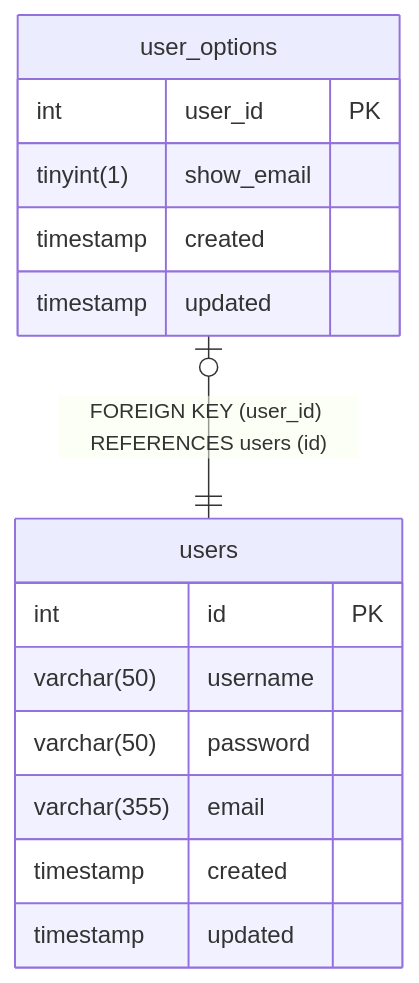
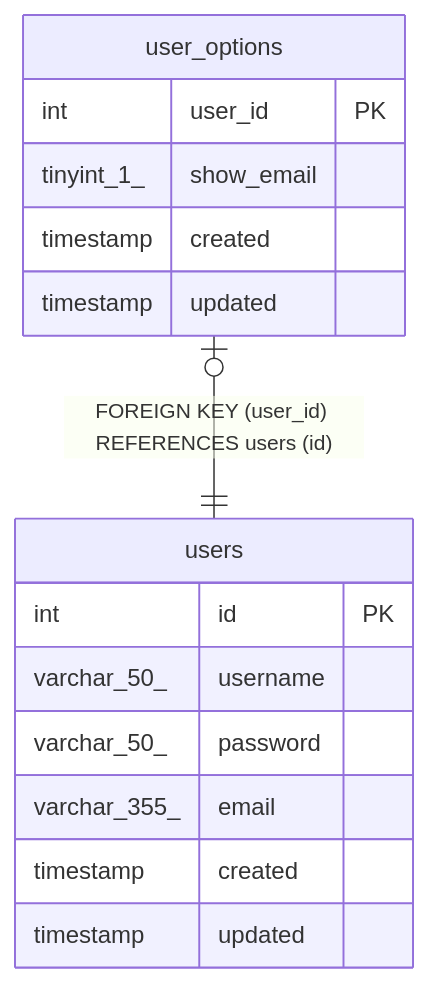
Before and after one commit to k1LoW/tbls: the diagram in sample/mermaid/user_options.md, drawn with Mermaid. The commit also changed 10 other files, not shown here.

````diff
--- a/sample/mermaid/user_options.md
+++ b/sample/mermaid/user_options.md
@@ -50,20 +50,20 @@
 ```mermaid
 erDiagram
 
 "user_options" |o--|| "users" : "FOREIGN KEY (user_id) REFERENCES users (id)"
 
 "user_options" {
   int user_id PK
-  tinyint(1) show_email
+  tinyint_1_ show_email
   timestamp created
   timestamp updated
 }
 "users" {
   int id PK
-  varchar(50) username
-  varchar(50) password
-  varchar(355) email
+  varchar_50_ username
+  varchar_50_ password
+  varchar_355_ email
   timestamp created
   timestamp updated
 }
 ```
````
